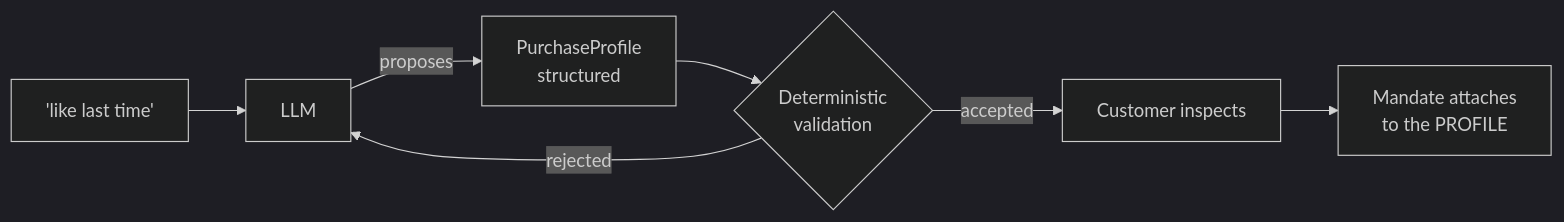
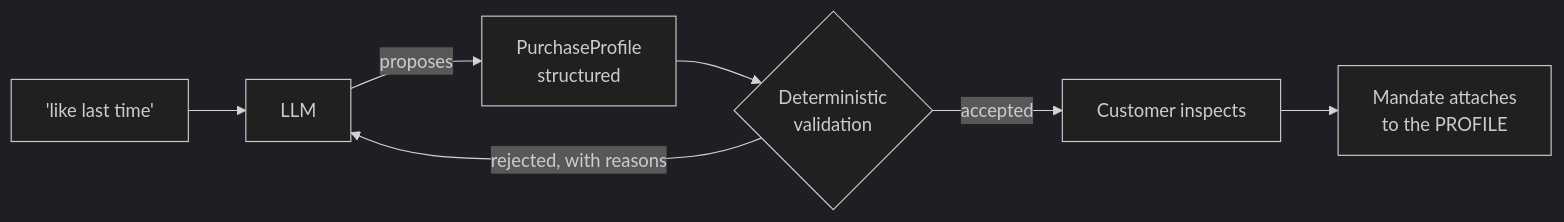
The first of 2 diagrams in slides.md (kousen/agentic-commerce), drawn with Mermaid (dark theme) before and after one commit. The commit also changed other lines of this file and 67 other files, not shown here.

````diff
--- a/slides.md
+++ b/slides.md
@@ -641,9 +1105,9 @@
 ```mermaid {scale: 0.68}
 flowchart LR
     U["'like last time'"] --> M[LLM]
     M -->|proposes| P[PurchaseProfile<br/>structured]
     P --> V{Deterministic<br/>validation}
-    V -->|rejected| M
+    V -->|rejected, with reasons| M
     V -->|accepted| C[Customer inspects]
     C --> MA[Mandate attaches<br/>to the PROFILE]
 ```
````
